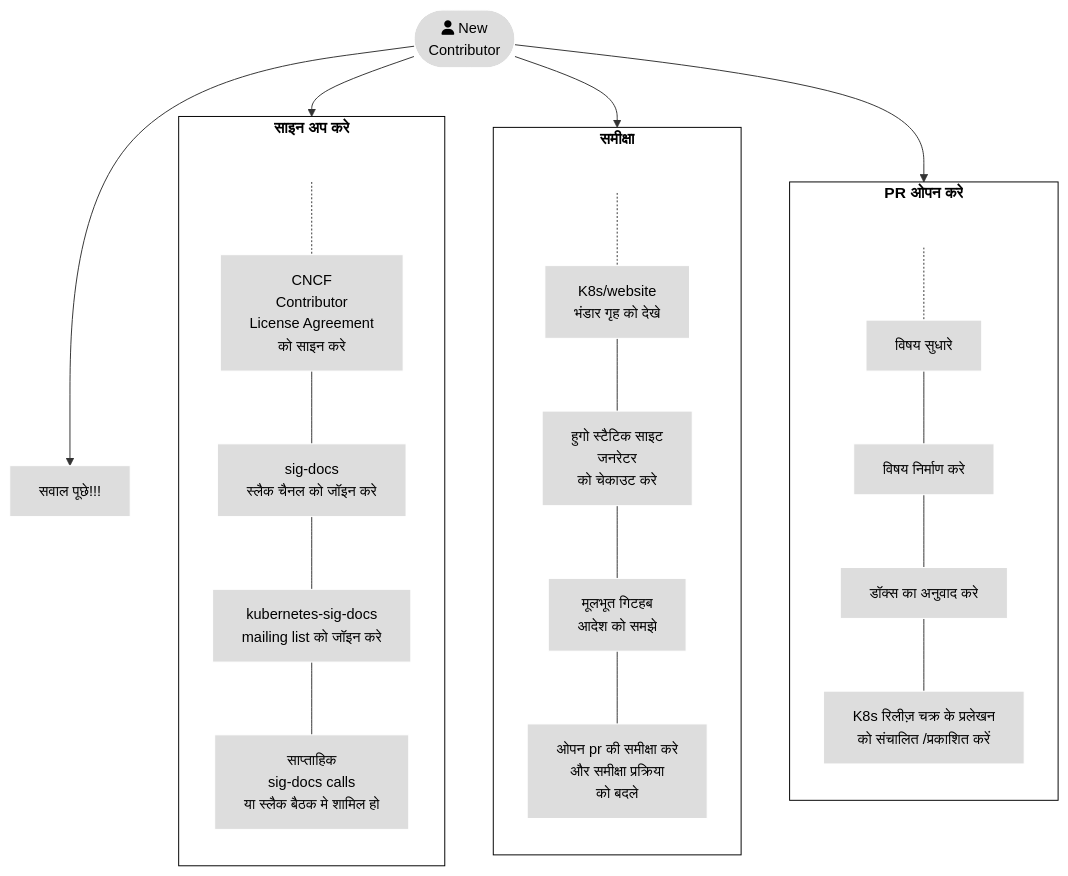
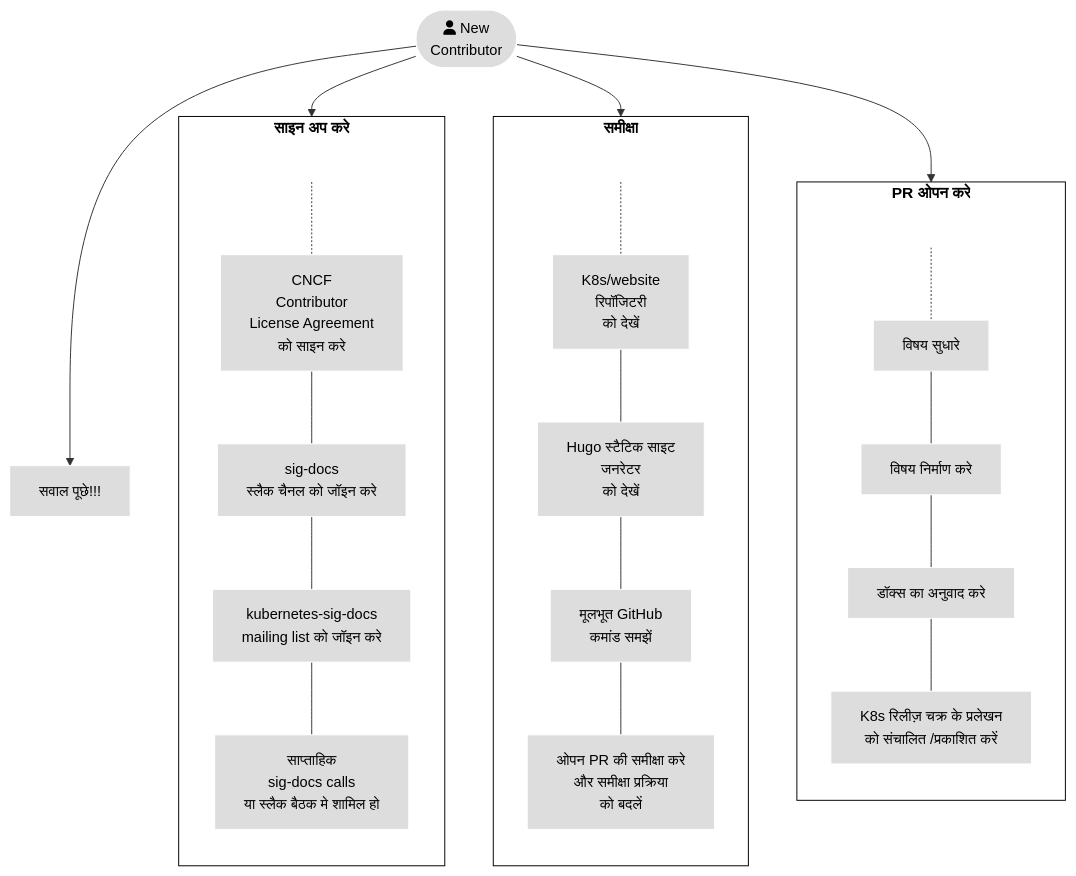
One commit to kubernetes/website changed the first of 2 diagrams in content/hi/docs/contribute/_index.md. Above: the diagram before and after it, drawn with Mermaid.

```diff
--- a/content/hi/docs/contribute/_index.md
+++ b/content/hi/docs/contribute/_index.md
@@ -57,40 +57,40 @@
 {{< mermaid >}}
 flowchart TB
 subgraph third[PR ओपन करे]
 direction TB
 U[ ] -.-
 Q[विषय सुधारे] --- N[विषय निर्माण करे]
 N --- O[डॉक्स का अनुवाद करे]
 O --- P[K8s रिलीज़ चक्र के प्रलेखन<br>को संचालित /प्रकाशित करें]
 
 end
 
-subgraph second[समीक्षा ]
+subgraph second[समीक्षा]
 direction TB
    T[ ] -.-
-   D[K8s/website<br>भंडार गृह  को देखे ] --- E[हुगो स्टैटिक साइट<br>जनरेटर <br>को चेकाउट करे ]
-   E --- F[मूलभूत गिटहब <br>आदेश को समझे]
-   F --- G[ओपन pr की समीक्षा करे <br>और समीक्षा प्रक्रिया  <br>को बदले]
+   D[K8s/website<br>रिपॉजिटरी<br>को देखें] --- E[Hugo स्टैटिक साइट<br>जनरेटर<br>को देखें]
+   E --- F[मूलभूत GitHub<br>कमांड समझें]
+   F --- G[ओपन PR की समीक्षा करे<br>और समीक्षा प्रक्रिया<br>को बदलें]
 end
 
 subgraph first[साइन अप करे]
     direction TB
     S[ ] -.-
     B[CNCF<br>Contributor<br>License Agreement <br> को साइन करे] --- C[sig-docs<br>स्लैक चैनल को जॉइन करे] 
     C --- V[kubernetes-sig-docs<br>mailing list को जॉइन करे]
     V --- M[साप्ताहिक <br>sig-docs calls<br>या स्लैक बैठक मे शामिल हो]
 end
 
 A([fa:fa-user New<br>Contributor]) --> first
 A --> second
 A --> third
 A --> H[सवाल पूछे!!!]
 
 
 classDef grey fill:#dddddd,stroke:#ffffff,stroke-width:px,color:#000000, font-size:15px;
 classDef white fill:#ffffff,stroke:#000,stroke-width:px,color:#000,font-weight:bold
 classDef spacewhite fill:#ffffff,stroke:#fff,stroke-width:0px,color:#000
 class A,B,C,D,E,F,G,H,M,Q,N,O,P,V grey
 class S,T,U spacewhite
 class first,second,third white
 {{</ mermaid >}}
```
